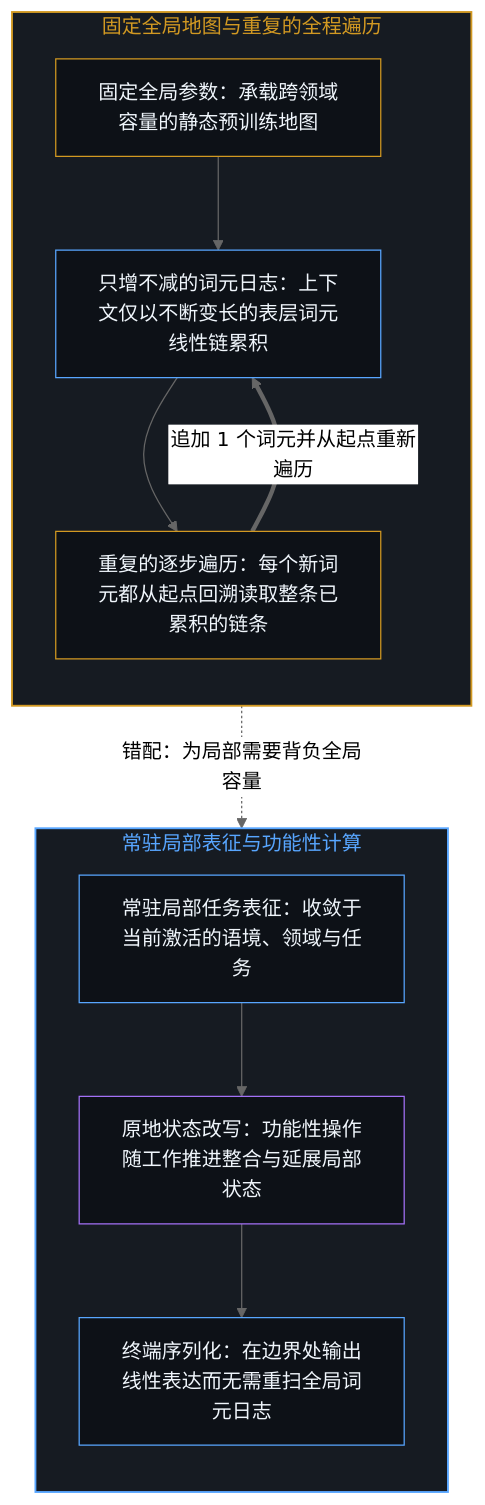
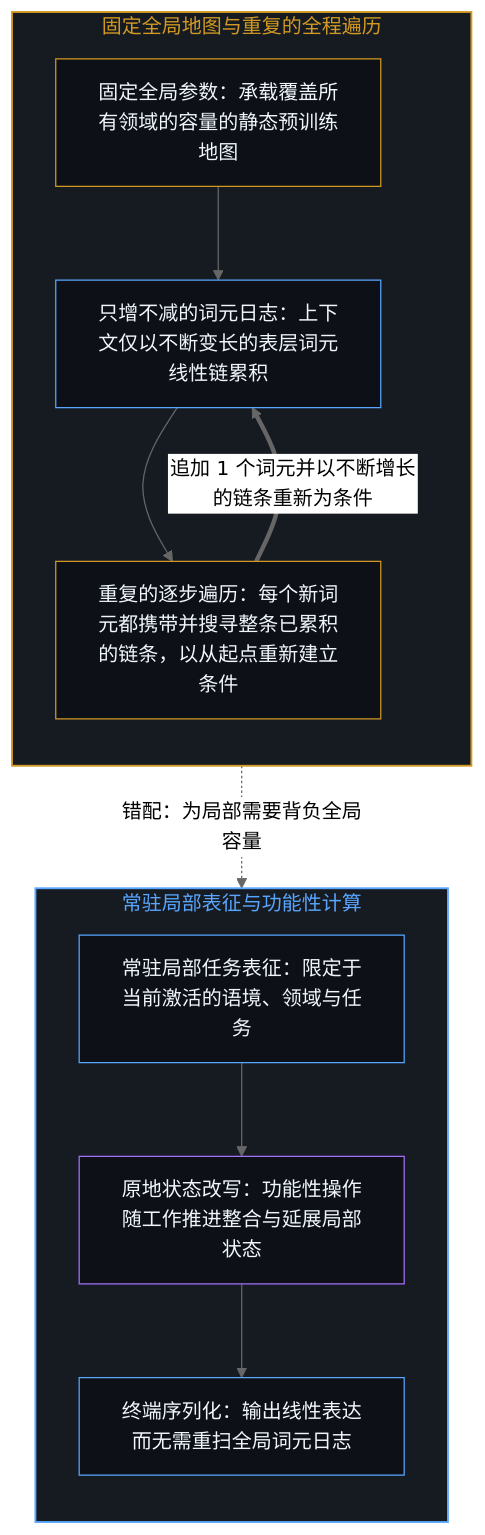
The third of 4 diagrams in content/posts/the-fixed-map-and-the-repeated-trip.md (powerpig99/not-a-toe), drawn with Mermaid (neutral theme) before and after one commit. The commit also changed other lines of this file and 7 other files, not shown here.

````diff
--- a/content/posts/the-fixed-map-and-the-repeated-trip.md
+++ b/content/posts/the-fixed-map-and-the-repeated-trip.md
@@ -93,27 +93,27 @@
 ```mermaid
 flowchart TD
     subgraph S_Global["固定全局地图与重复的全程遍历"]
         direction TB
-        G_Map["固定全局参数：承载跨领域容量的静态预训练地图"]
+        G_Map["固定全局参数：承载覆盖所有领域的容量的静态预训练地图"]
         G_Chain["只增不减的词元日志：上下文仅以不断变长的表层词元线性链累积"]
-        G_Trip["重复的逐步遍历：每个新词元都从起点回溯读取整条已累积的链条"]
+        G_Trip["重复的逐步遍历：每个新词元都携带并搜寻整条已累积的链条，以从起点重新建立条件"]
         G_Map --> G_Chain --> G_Trip
-        G_Trip ==>|"追加 1 个词元并从起点重新遍历"| G_Chain
+        G_Trip ==>|"追加 1 个词元并以不断增长的链条重新为条件"| G_Chain
     end
     subgraph S_Local["常驻局部表征与功能性计算"]
         direction TB
-        L_Map["常驻局部任务表征：收敛于当前激活的语境、领域与任务"]
+        L_Map["常驻局部任务表征：限定于当前激活的语境、领域与任务"]
         L_Ext["原地状态改写：功能性操作随工作推进整合与延展局部状态"]
-        L_Decode["终端序列化：在边界处输出线性表达而无需重扫全局词元日志"]
+        L_Decode["终端序列化：输出线性表达而无需重扫全局词元日志"]
         L_Map --> L_Ext --> L_Decode
     end
     G_Trip -.->|"错配：为局部需要背负全局容量"| L_Map
     style S_Global fill:#161b22,stroke:#d29922,stroke-width:1.5px,color:#d29922
     style S_Local fill:#161b22,stroke:#58a6ff,stroke-width:1.5px,color:#58a6ff
     style G_Map fill:#0d1117,stroke:#d29922,stroke-width:1px,color:#f0f6fc
     style G_Chain fill:#0d1117,stroke:#58a6ff,stroke-width:1px,color:#f0f6fc
     style G_Trip fill:#0d1117,stroke:#d29922,stroke-width:1px,color:#f0f6fc
     style L_Map fill:#0d1117,stroke:#58a6ff,stroke-width:1px,color:#f0f6fc
     style L_Ext fill:#0d1117,stroke:#a371f7,stroke-width:1px,color:#f0f6fc
     style L_Decode fill:#0d1117,stroke:#58a6ff,stroke-width:1px,color:#f0f6fc
 ```
````
